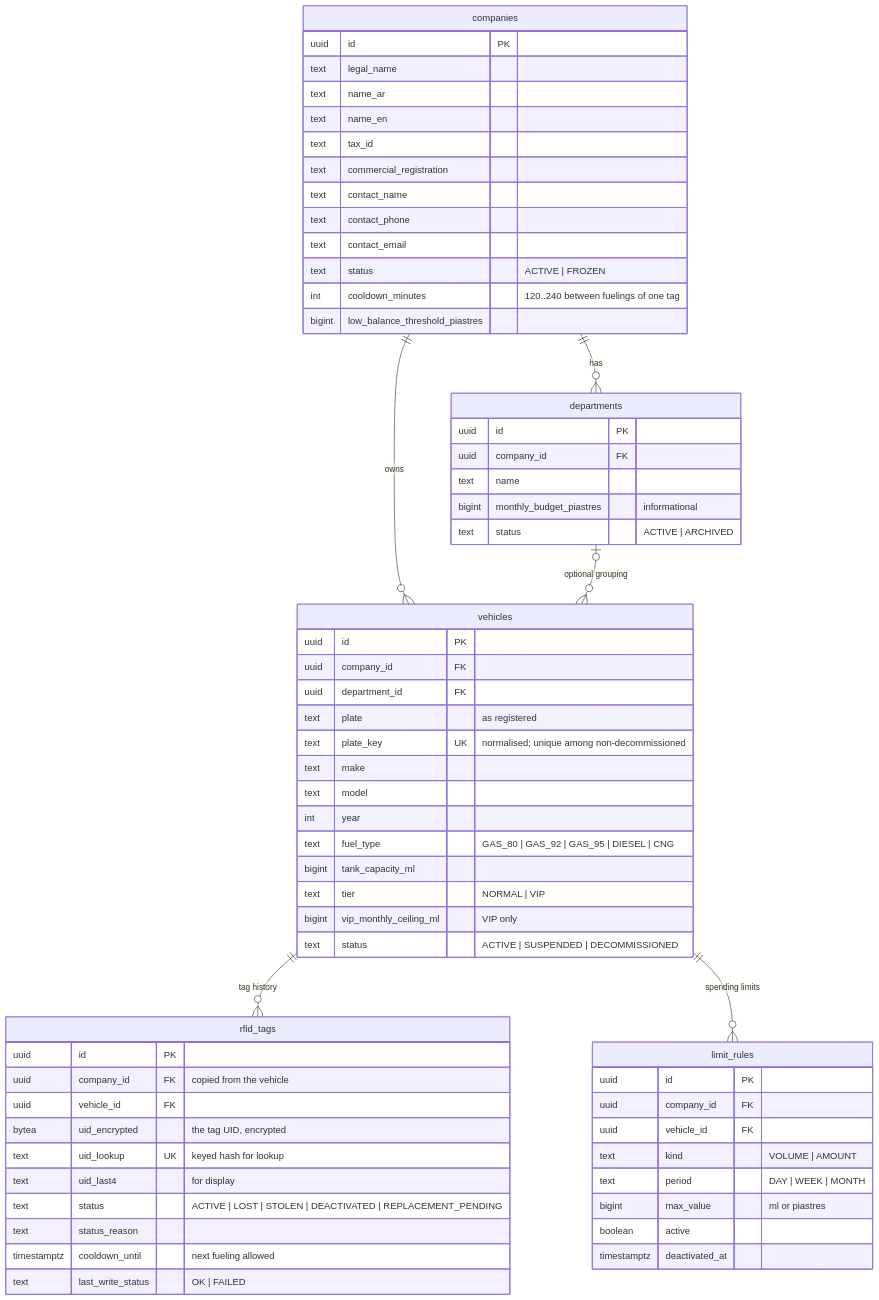
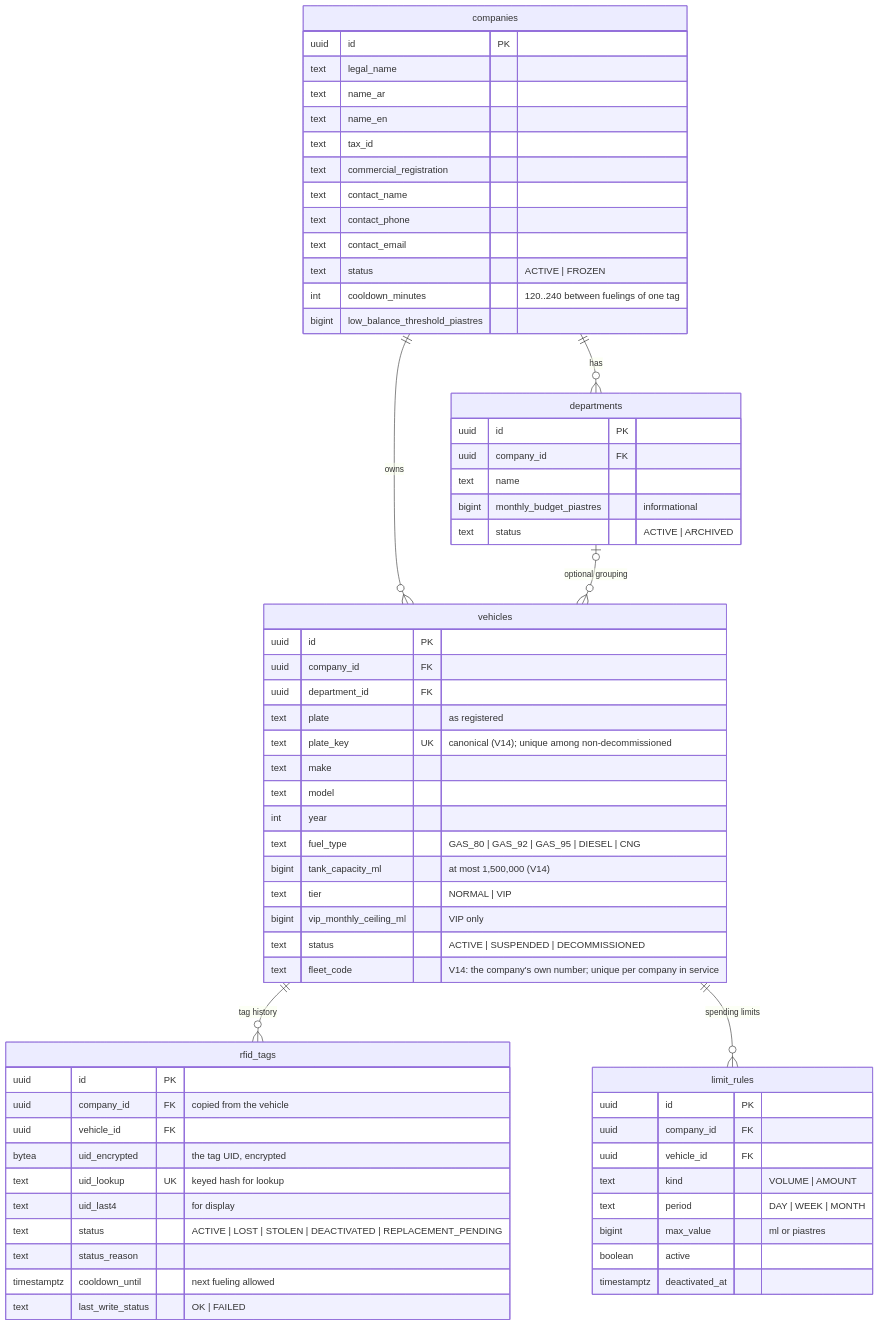
Before and after one commit to ahmed2003-code-py/zood: the fourth of 11 diagrams in docs/architecture/database-erd.md, drawn with Mermaid. The commit also changed other lines of this file and 25 other files, not shown here.

````diff
--- a/docs/architecture/database-erd.md
+++ b/docs/architecture/database-erd.md
@@ -235,67 +246,68 @@
 ```mermaid
 erDiagram
     companies ||--o{ departments : has
     companies ||--o{ vehicles : owns
     departments |o--o{ vehicles : "optional grouping"
     vehicles ||--o{ rfid_tags : "tag history"
     vehicles ||--o{ limit_rules : "spending limits"
 
     companies {
         uuid id PK
         text legal_name
         text name_ar
         text name_en
         text tax_id
         text commercial_registration
         text contact_name
         text contact_phone
         text contact_email
         text status "ACTIVE | FROZEN"
         int cooldown_minutes "120..240 between fuelings of one tag"
         bigint low_balance_threshold_piastres
     }
     departments {
         uuid id PK
         uuid company_id FK
         text name
         bigint monthly_budget_piastres "informational"
         text status "ACTIVE | ARCHIVED"
     }
     vehicles {
         uuid id PK
         uuid company_id FK
         uuid department_id FK
         text plate "as registered"
-        text plate_key UK "normalised; unique among non-decommissioned"
+        text plate_key UK "canonical (V14); unique among non-decommissioned"
         text make
         text model
         int year
         text fuel_type "GAS_80 | GAS_92 | GAS_95 | DIESEL | CNG"
-        bigint tank_capacity_ml
+        bigint tank_capacity_ml "at most 1,500,000 (V14)"
         text tier "NORMAL | VIP"
         bigint vip_monthly_ceiling_ml "VIP only"
         text status "ACTIVE | SUSPENDED | DECOMMISSIONED"
+        text fleet_code "V14: the company's own number; unique per company in service"
     }
     rfid_tags {
         uuid id PK
         uuid company_id FK "copied from the vehicle"
         uuid vehicle_id FK
         bytea uid_encrypted "the tag UID, encrypted"
         text uid_lookup UK "keyed hash for lookup"
         text uid_last4 "for display"
         text status "ACTIVE | LOST | STOLEN | DEACTIVATED | REPLACEMENT_PENDING"
         text status_reason
         timestamptz cooldown_until "next fueling allowed"
         text last_write_status "OK | FAILED"
     }
     limit_rules {
         uuid id PK
         uuid company_id FK
         uuid vehicle_id FK
         text kind "VOLUME | AMOUNT"
         text period "DAY | WEEK | MONTH"
         bigint max_value "ml or piastres"
         boolean active
         timestamptz deactivated_at
     }
 ```
````
